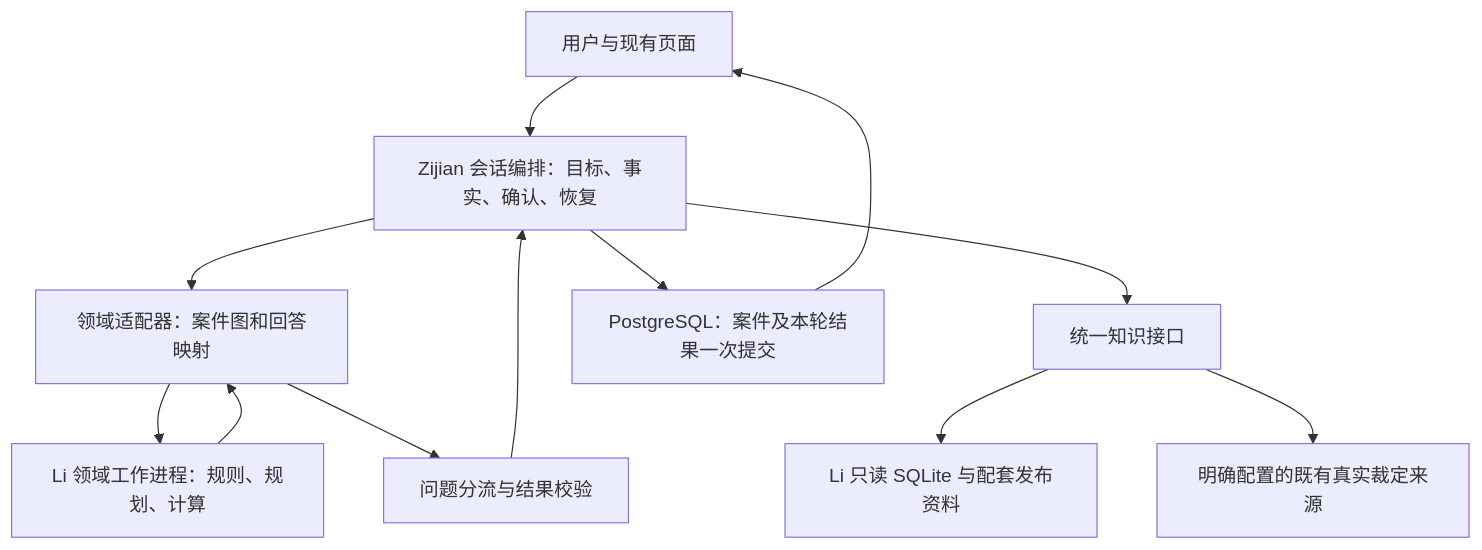
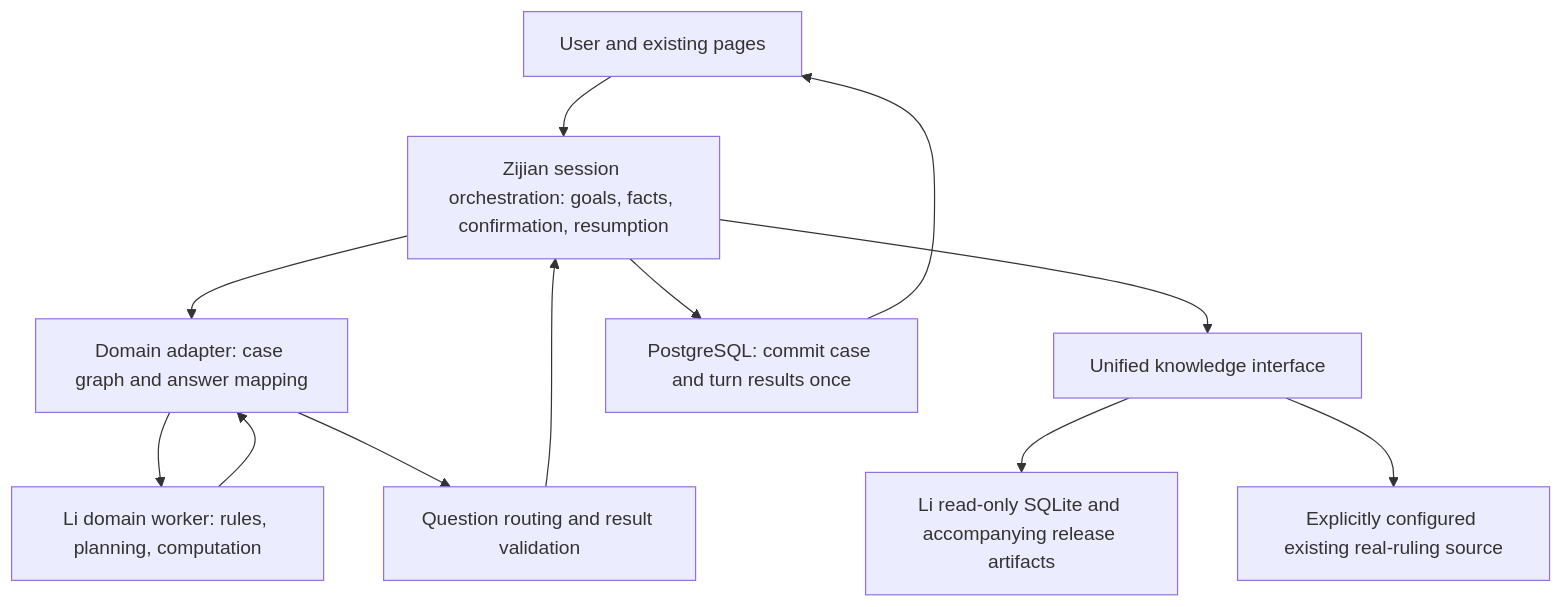
Before and after one commit to 1726621062qqcom-ctrl/Asia-Tax-AI-Agent: the diagram in docs/implementation/COMBINED_ORCHESTRATION_INTEGRATION_PLAN_2026_10_11.md, drawn with Mermaid. The commit also changed other lines of this file and 59 other files, not shown here.

````diff
--- a/docs/implementation/COMBINED_ORCHESTRATION_INTEGRATION_PLAN_2026_10_11.md
+++ b/docs/implementation/COMBINED_ORCHESTRATION_INTEGRATION_PLAN_2026_10_11.md
@@ -59,14 +73,14 @@
 ```mermaid
 flowchart TD
-    U[用户与现有页面] --> B[Zijian 会话编排：目标、事实、确认、恢复]
-    B --> A[领域适配器：案件图和回答映射]
-    A --> L[Li 领域工作进程：规则、规划、计算]
+    U["User and existing pages"] --> B["Zijian session orchestration: goals, facts, confirmation, resumption"]
+    B --> A["Domain adapter: case graph and answer mapping"]
+    A --> L["Li domain worker: rules, planning, computation"]
     L --> A
-    A --> Q[问题分流与结果校验]
+    A --> Q["Question routing and result validation"]
     Q --> B
-    B --> K[统一知识接口]
-    K --> S[Li 只读 SQLite 与配套发布资料]
-    K --> R[明确配置的既有真实裁定来源]
-    B --> P[PostgreSQL：案件及本轮结果一次提交]
+    B --> K["Unified knowledge interface"]
+    K --> S["Li read-only SQLite and accompanying release artifacts"]
+    K --> R["Explicitly configured existing real-ruling source"]
+    B --> P["PostgreSQL: commit case and turn results once"]
     P --> U
 ```
````
